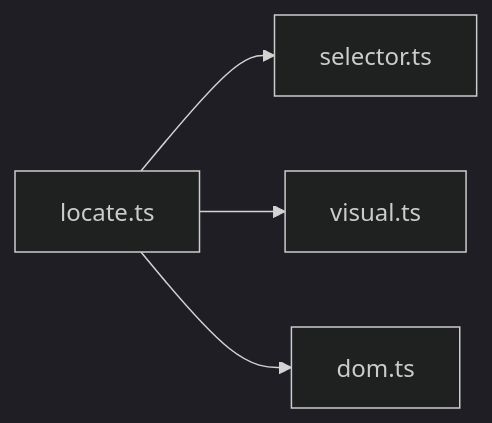
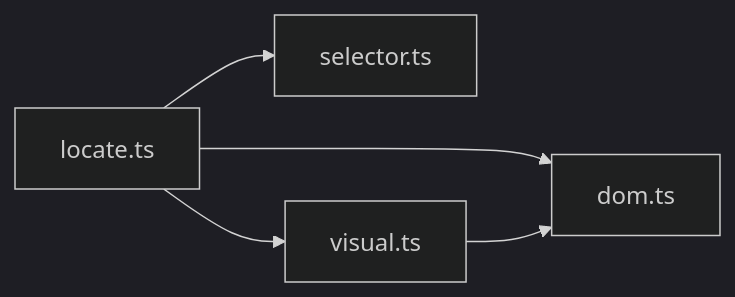
The third of 3 diagrams in docs/tech/locator.md (yike2/Jevwright), drawn with Mermaid (dark theme) before and after one commit. The commit also changed other lines of this file, not shown here.

Commit message:
docs(core): align locator visual stage with adapter and harness (#37)

````diff
--- a/docs/tech/locator.md
+++ b/docs/tech/locator.md
@@ -278,6 +278,7 @@
 ```mermaid
 flowchart LR
   locate[locate.ts] --> selector[selector.ts]
   locate --> visual[visual.ts]
   locate --> dom[dom.ts]
+  visual --> dom
 ```
````
